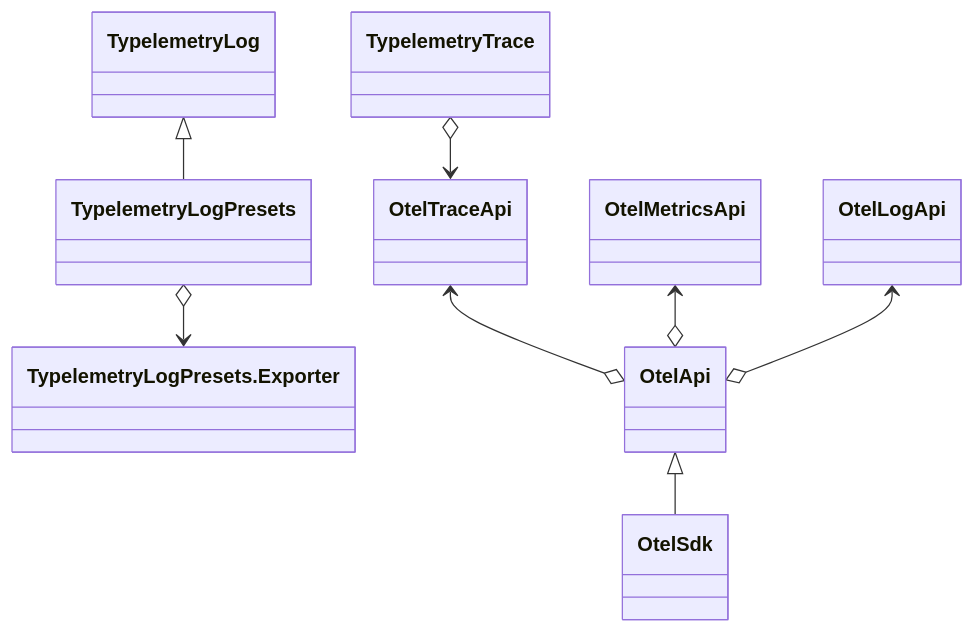
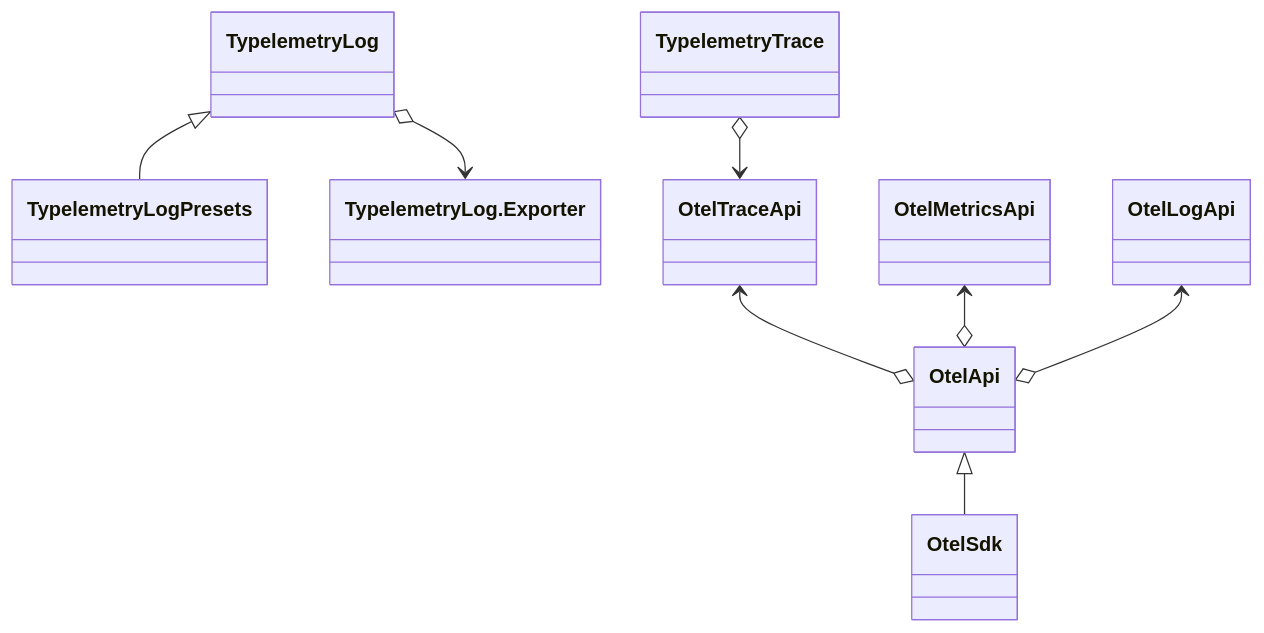
The diagram in README.md (zimtsui/typelog), drawn with Mermaid before and after one commit.

````diff
--- a/README.md
+++ b/README.md
@@ -9,11 +9,11 @@
 ```mermaid
 classDiagram
 
 TypelemetryLog <|-- TypelemetryLogPresets
-TypelemetryLogPresets o--> TypelemetryLogPresets.Exporter
+TypelemetryLog o--> TypelemetryLog.Exporter
 TypelemetryTrace o--> OtelTraceApi
 OtelTraceApi <--o OtelApi
 OtelMetricsApi <--o OtelApi
 OtelLogApi <--o OtelApi
 OtelApi <|-- OtelSdk
 ```
````
